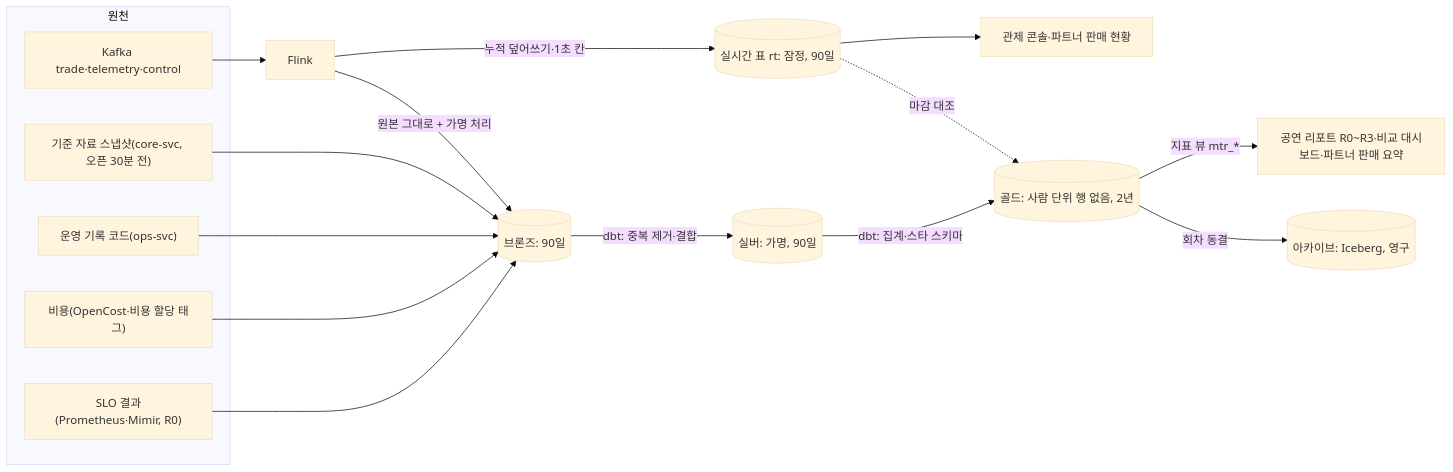
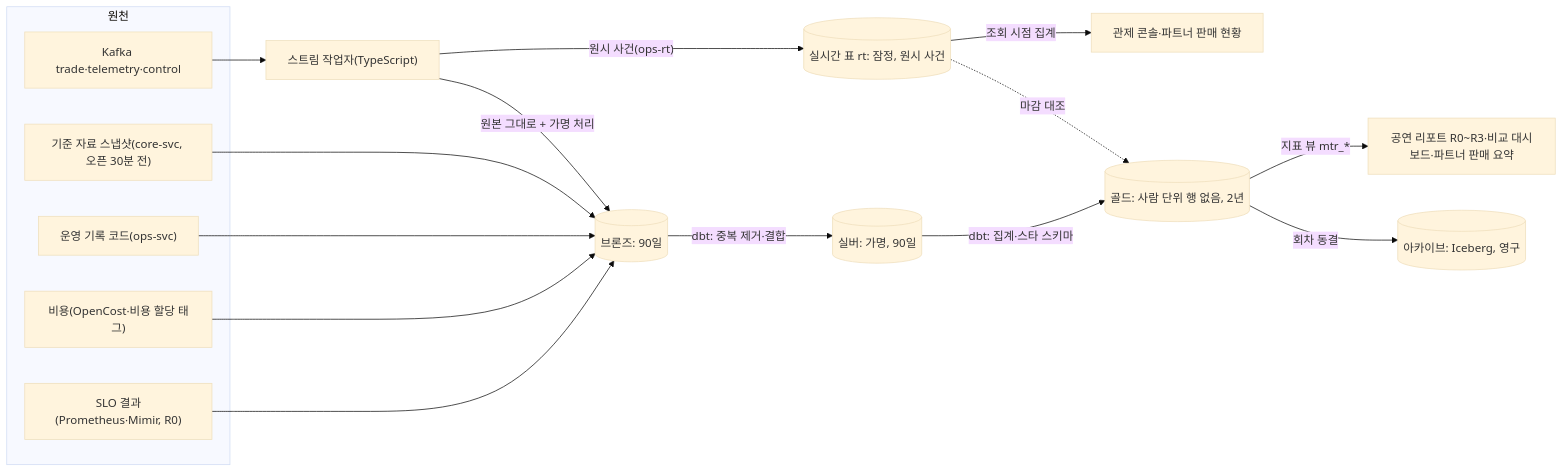
The diagram in docs/features/analytics.md (peaket/peaket), drawn with Mermaid (base theme) before and after one commit. The commit also changed other lines of this file and 46 other files, not shown here.

````diff
--- a/docs/features/analytics.md
+++ b/docs/features/analytics.md
@@ -51,23 +51,23 @@
 ```mermaid
 flowchart LR
     subgraph SRC["원천"]
         K["Kafka trade·telemetry·control"]
         REF["기준 자료 스냅샷(core-svc, 오픈 30분 전)"]
         OPS["운영 기록 코드(ops-svc)"]
         COST["비용(OpenCost·비용 할당 태그)"]
         SLO["SLO 결과(Prometheus·Mimir, R0)"]
     end
-    K --> FL["Flink"]
-    FL -->|"누적 덮어쓰기·1초 칸"| RT[("실시간 표 rt: 잠정, 90일")]
-    RT --> CON["관제 콘솔·파트너 판매 현황"]
+    K --> FL["스트림 작업자(TypeScript)"]
+    FL -->|"원시 사건(ops-rt)"| RT[("실시간 표 rt: 잠정, 원시 사건")]
+    RT -->|"조회 시점 집계"| CON["관제 콘솔·파트너 판매 현황"]
     FL -->|"원본 그대로 + 가명 처리"| BR[("브론즈: 90일")]
     REF --> BR
     OPS --> BR
     COST --> BR
     SLO --> BR
     BR -->|"dbt: 중복 제거·결합"| SV[("실버: 가명, 90일")]
     SV -->|"dbt: 집계·스타 스키마"| GD[("골드: 사람 단위 행 없음, 2년")]
     GD -->|"지표 뷰 mtr_*"| RPT["공연 리포트 R0~R3·비교 대시보드·파트너 판매 요약"]
     GD -->|"회차 동결"| ICE[("아카이브: Iceberg, 영구")]
     RT -.->|"마감 대조"| GD
 ```
````
